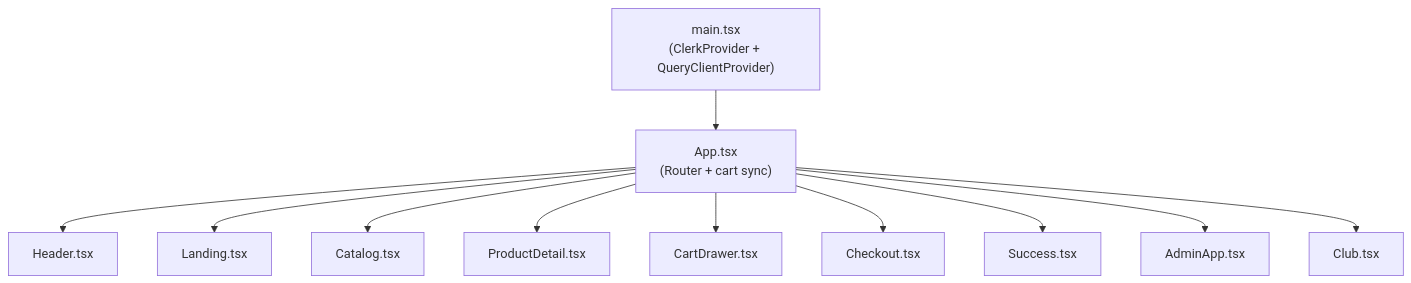
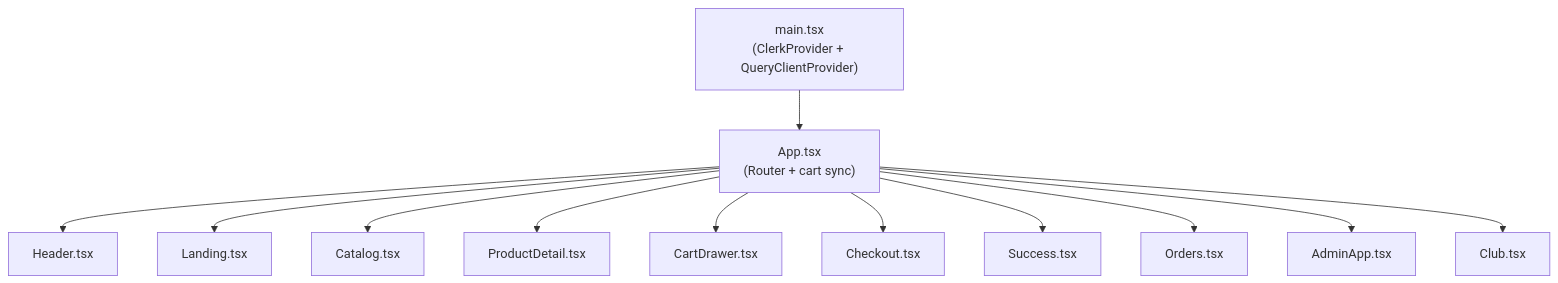
One commit to EiJassiel/healthora changed the second of 11 diagrams in docs/arquitectura.md. Above: the diagram before and after it, drawn with Mermaid. The commit also changed other lines of this file and 4 other files, not shown here.

````diff
--- a/docs/arquitectura.md
+++ b/docs/arquitectura.md
@@ -131,25 +142,27 @@
 ```mermaid
 graph TD
     main["main.tsx<br/>(ClerkProvider + QueryClientProvider)"]
     App["App.tsx<br/>(Router + cart sync)"]
     Header["Header.tsx"]
     Landing["Landing.tsx"]
     Catalog["Catalog.tsx"]
     PDetail["ProductDetail.tsx"]
     Cart["CartDrawer.tsx"]
     Checkout["Checkout.tsx"]
     Success["Success.tsx"]
+    Orders["Orders.tsx"]
     Admin["AdminApp.tsx"]
     Club["Club.tsx"]
 
     main --> App
     App --> Header
     App --> Landing
     App --> Catalog
     App --> PDetail
     App --> Cart
     App --> Checkout
     App --> Success
+    App --> Orders
     App --> Admin
     App --> Club
 ```
````
